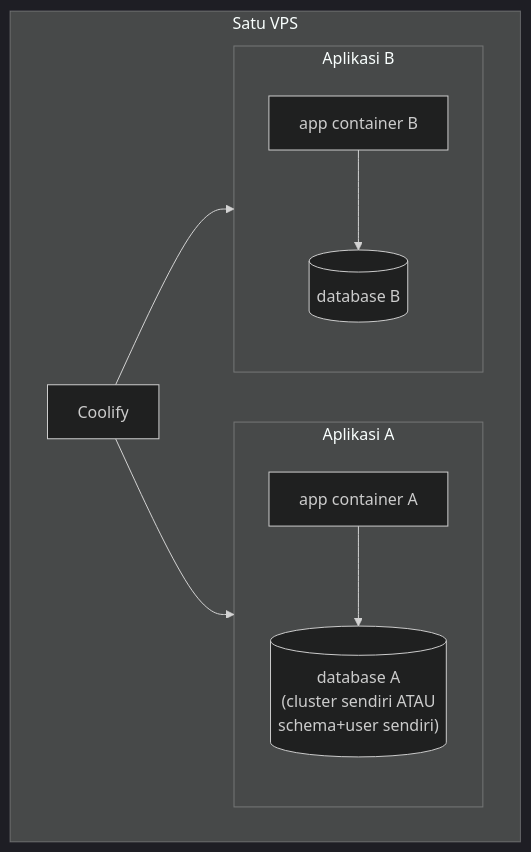
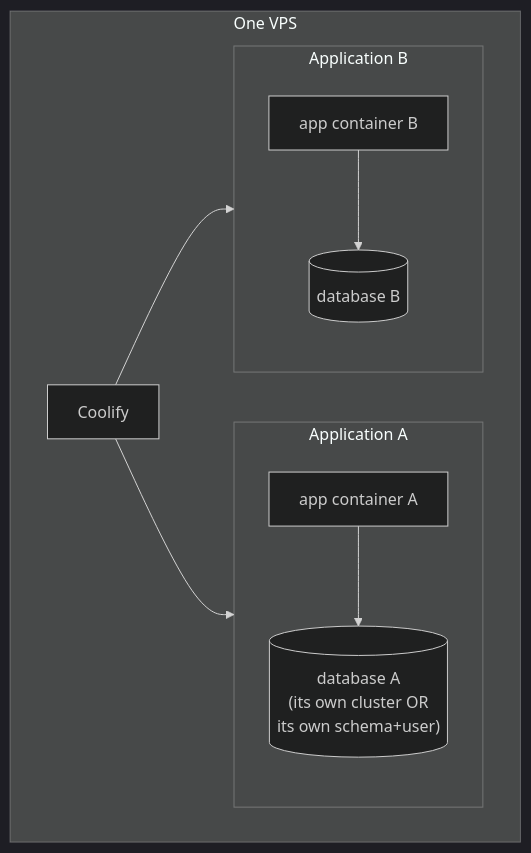
Before and after one commit to ahliweb/awcms: the second of 2 diagrams in docs/awcms/deploy-coolify.md, drawn with Mermaid (dark theme). The commit also changed other lines of this file and 603 other files, not shown here.

````diff
--- a/docs/awcms/deploy-coolify.md
+++ b/docs/awcms/deploy-coolify.md
@@ -104,18 +105,18 @@
 ```mermaid
 flowchart TB
-  subgraph VPS["Satu VPS"]
+  subgraph VPS["One VPS"]
     Coolify["Coolify"]
-    subgraph AppA["Aplikasi A"]
+    subgraph AppA["Application A"]
       A1["app container A"]
-      DBA[("database A\n(cluster sendiri ATAU\nschema+user sendiri)")]
+      DBA[("database A\n(its own cluster OR\nits own schema+user)")]
       A1 --> DBA
     end
-    subgraph AppB["Aplikasi B"]
+    subgraph AppB["Application B"]
       B1["app container B"]
       DBB[("database B")]
       B1 --> DBB
     end
     Coolify --> AppA
     Coolify --> AppB
   end
 ```
````
